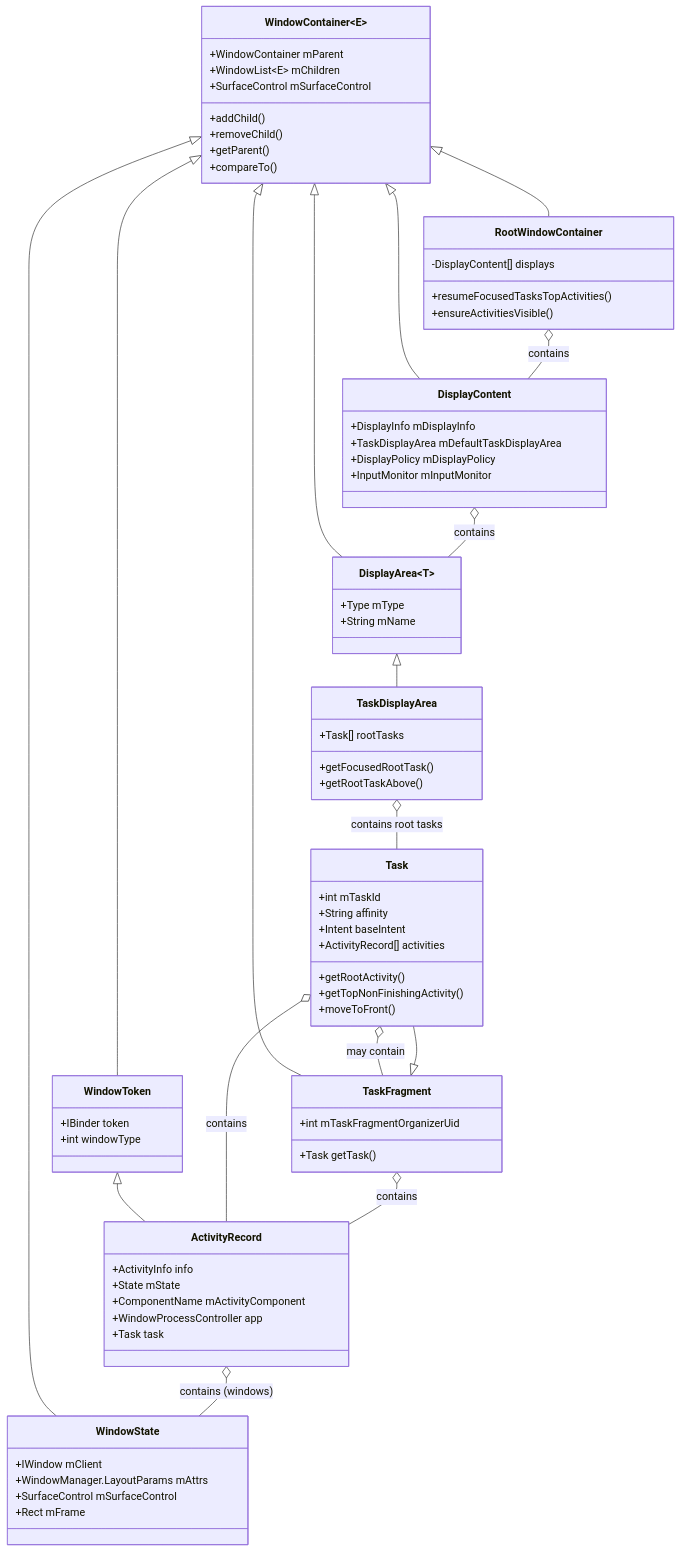
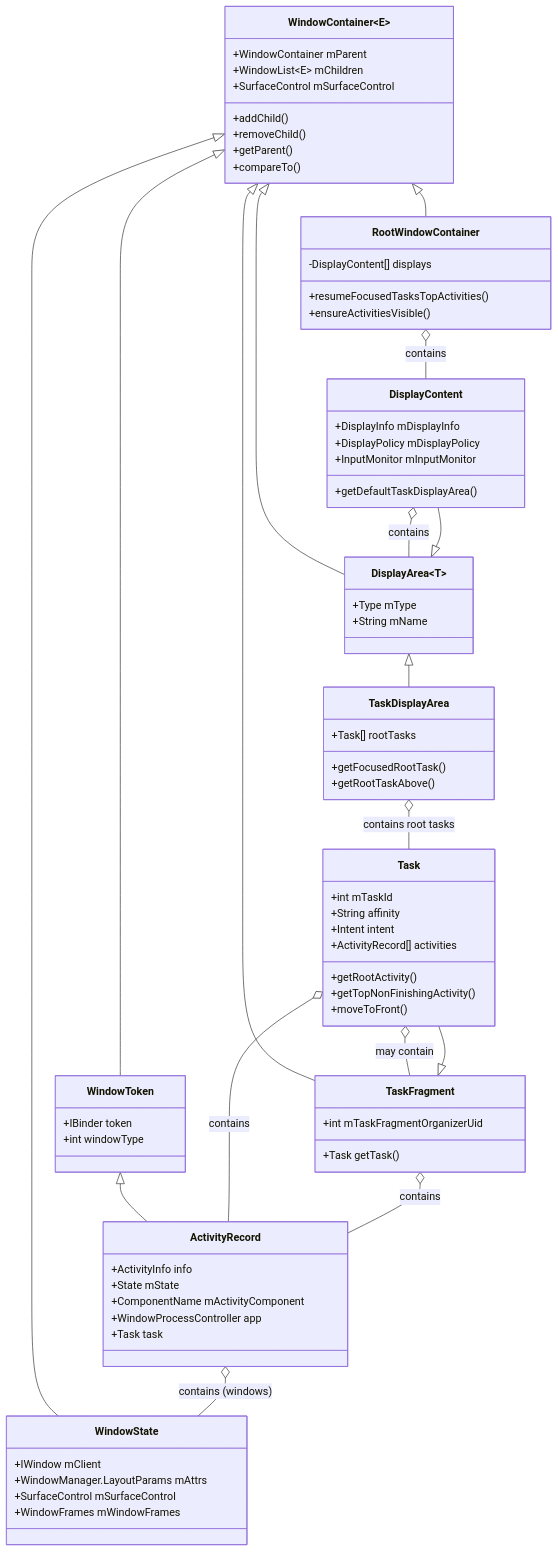
The sixth of 41 diagrams in agents/claude/skills/aosp-framework-core/22-activity-and-window.md (aospbooks/aosp-internal-book), drawn with Mermaid before and after one commit. The commit also changed other lines of this file and 218 other files, not shown here.

```diff
--- a/agents/claude/skills/aosp-framework-core/22-activity-and-window.md
+++ b/agents/claude/skills/aosp-framework-core/22-activity-and-window.md
@@ -629,9 +629,9 @@
 
     class DisplayContent {
         +DisplayInfo mDisplayInfo
-        +TaskDisplayArea mDefaultTaskDisplayArea
         +DisplayPolicy mDisplayPolicy
         +InputMonitor mInputMonitor
+        +getDefaultTaskDisplayArea()
     }
 
     class DisplayArea~T~ {
@@ -648,7 +648,7 @@
     class Task {
         +int mTaskId
         +String affinity
-        +Intent baseIntent
+        +Intent intent
         +ActivityRecord[] activities
         +getRootActivity()
         +getTopNonFinishingActivity()
@@ -677,12 +677,12 @@
         +IWindow mClient
         +WindowManager.LayoutParams mAttrs
         +SurfaceControl mSurfaceControl
-        +Rect mFrame
+        +WindowFrames mWindowFrames
     }
 
     WindowContainer <|-- RootWindowContainer
-    WindowContainer <|-- DisplayContent
     WindowContainer <|-- DisplayArea
+    DisplayArea <|-- DisplayContent
     DisplayArea <|-- TaskDisplayArea
     WindowContainer <|-- TaskFragment
     TaskFragment <|-- Task
```
